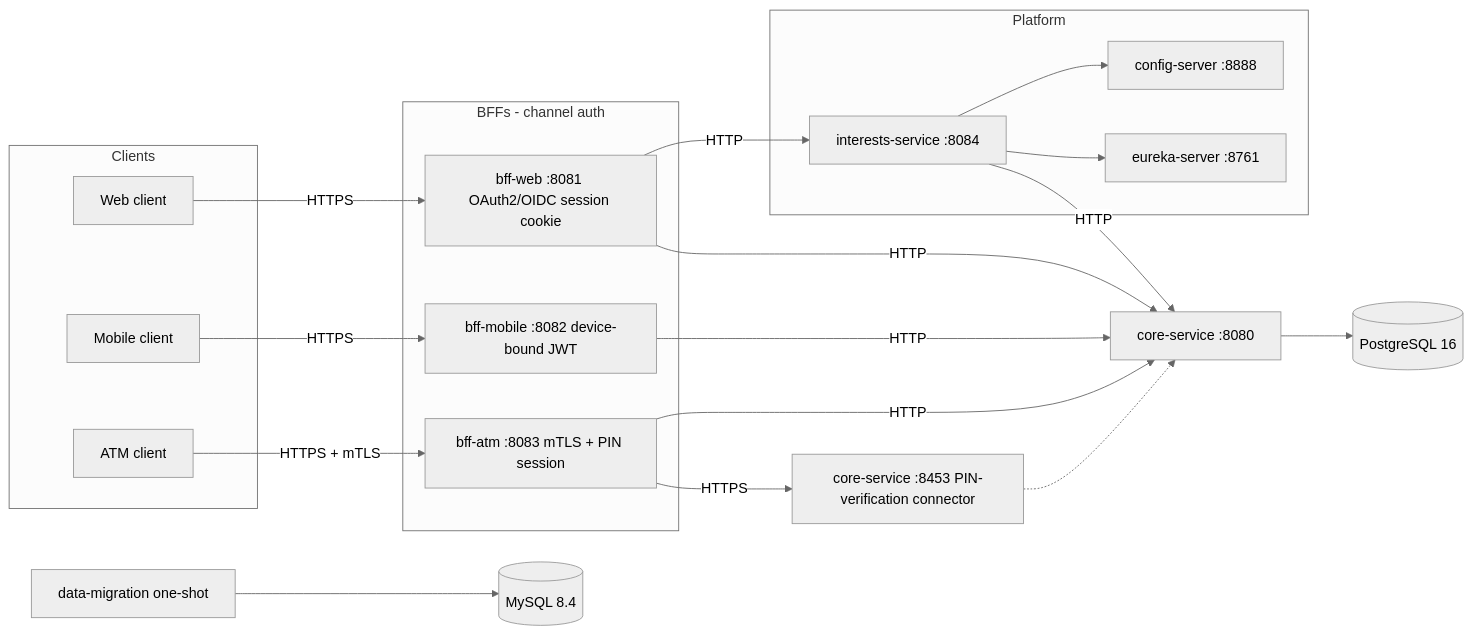
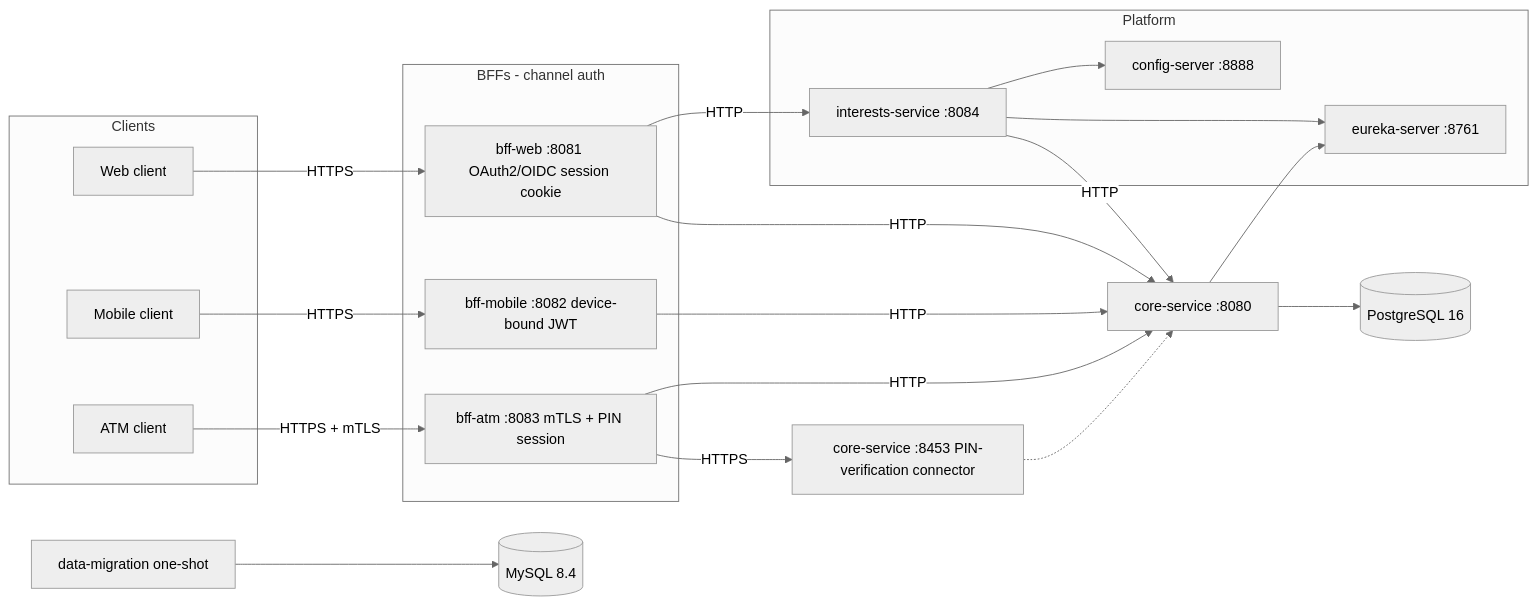
Before and after one commit to gustavoduocuc/xyz_bank_server: the diagram in README.md, drawn with Mermaid (neutral theme). The commit also changed other lines of this file and 61 other files, not shown here.

Commit message:
feat(interests): extract interests-service with discovery and credits

````diff
--- a/README.md
+++ b/README.md
@@ -19,41 +19,42 @@
 ```mermaid
 flowchart LR
   subgraph clients [Clients]
     WebClient[Web client]
     MobileClient[Mobile client]
     AtmClient[ATM client]
   end
 
   subgraph bffs [BFFs - channel auth]
     BffWeb[bff-web :8081 OAuth2/OIDC session cookie]
     BffMobile[bff-mobile :8082 device-bound JWT]
     BffAtm[bff-atm :8083 mTLS + PIN session]
   end
 
   subgraph platform [Platform]
     ConfigServer[config-server :8888]
     EurekaServer[eureka-server :8761]
     InterestsService[interests-service :8084]
   end
 
   CoreService[core-service :8080]
   CoreServicePin[core-service :8453 PIN-verification connector]
   Postgres[(PostgreSQL 16)]
   MySQL[(MySQL 8.4)]
   Migration[data-migration one-shot]
 
   WebClient -- HTTPS --> BffWeb
   MobileClient -- HTTPS --> BffMobile
   AtmClient -- HTTPS + mTLS --> BffAtm
+  BffWeb -- HTTP --> InterestsService
   BffWeb -- HTTP --> CoreService
-  BffWeb -- HTTP --> InterestsService
   BffMobile -- HTTP --> CoreService
   BffAtm -- HTTP --> CoreService
   BffAtm -- HTTPS --> CoreServicePin
   InterestsService -- HTTP --> CoreService
   InterestsService --> ConfigServer
   InterestsService --> EurekaServer
+  CoreService --> EurekaServer
   CoreService --> Postgres
   CoreServicePin -.-> CoreService
   Migration --> MySQL
 ```
````
